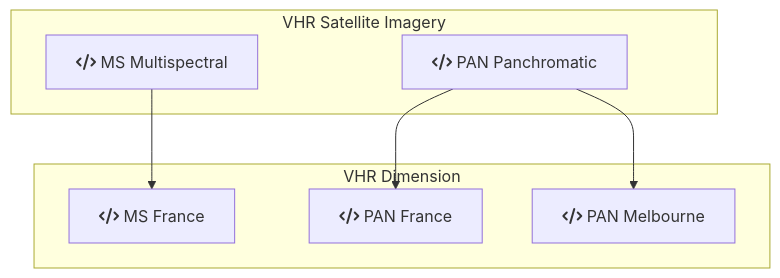
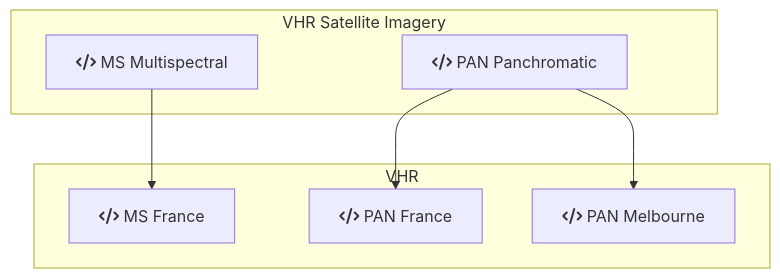
The diagram in Pleiades/README.md (DippoldEJ/Satellite-Datasets), drawn with Mermaid before and after one commit.

````diff
--- a/Pleiades/README.md
+++ b/Pleiades/README.md
@@ -7,18 +7,18 @@
 ```mermaid
 flowchart TD;
 
 subgraph VHR Satellite Imagery
     a[fa:fa-code MS Multispectral]
     b[fa:fa-code PAN Panchromatic]
     end
 
-subgraph VHR Dimension
+subgraph VHR 
     c[fa:fa-code MS France]
     d[fa:fa-code PAN France]
     e[fa:fa-code PAN Melbourne]
     end
 
 a --> c
 b --> d
 b --> e
 ```
````
